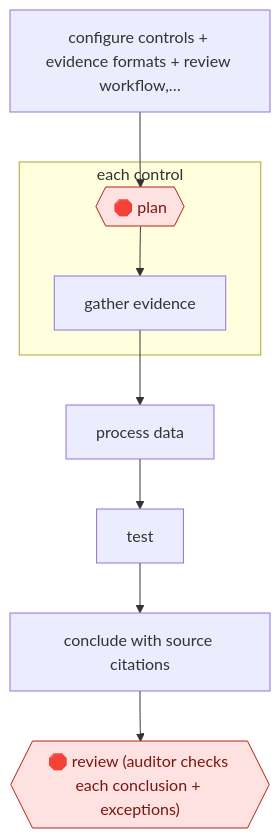
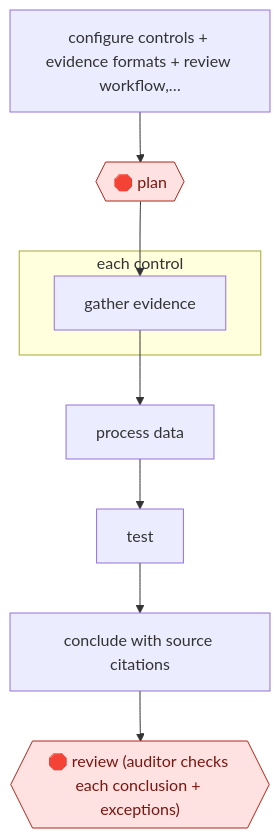
The diagram in workflows/PRO/FIN/AUDIT/full-population-control-testing/README.md (milesradford99/agent-workflow-atlas), drawn with Mermaid before and after one commit. The commit also changed other lines of this file and 171 other files, not shown here.

````diff
--- a/workflows/PRO/FIN/AUDIT/full-population-control-testing/README.md
+++ b/workflows/PRO/FIN/AUDIT/full-population-control-testing/README.md
@@ -31,19 +31,19 @@
 ```mermaid
 flowchart TD
   n1["configure controls + evidence formats + review workflow,…"]
   n2{{"🛑 plan"}}:::stop
-  n1 --> n2
   subgraph s3["each control"]
   n4["gather evidence"]
-  n2 --> n4
   end
   n5["process data"]
+  n6["test"]
+  n7["conclude with source citations"]
+  n8{{"🛑 review (auditor checks each conclusion + exceptions)"}}:::stop
+  n1 --> n2
+  n2 --> n4
   n4 --> n5
-  n6["test"]
   n5 --> n6
-  n7["conclude with source citations"]
   n6 --> n7
-  n8{{"🛑 review (auditor checks each conclusion + exceptions)"}}:::stop
   n7 --> n8
   classDef stop fill:#fde2e1,stroke:#b42318,color:#7a1610
 ```
````
